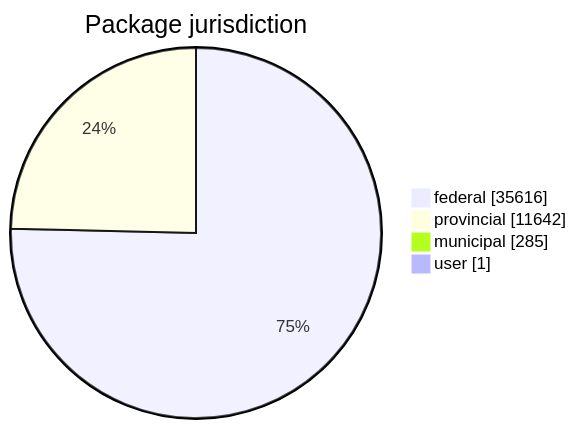
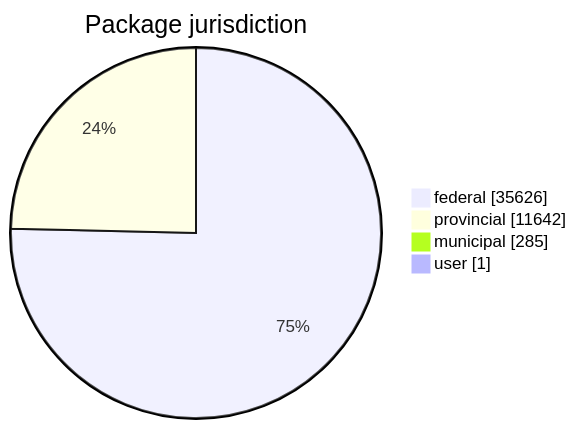
The first of 5 diagrams in FreshCheck/README.md (open-data/analytics-corporate-reporting), drawn with Mermaid before and after one commit. The commit also changed other lines of this file and 3 other files, not shown here.

````diff
--- a/FreshCheck/README.md
+++ b/FreshCheck/README.md
@@ -60,7 +60,7 @@
 ```mermaid
 pie showData title Package jurisdiction
-    "federal": 35616
+    "federal": 35626
     "provincial": 11642
     "municipal": 285
     "user": 1
 ```
````
